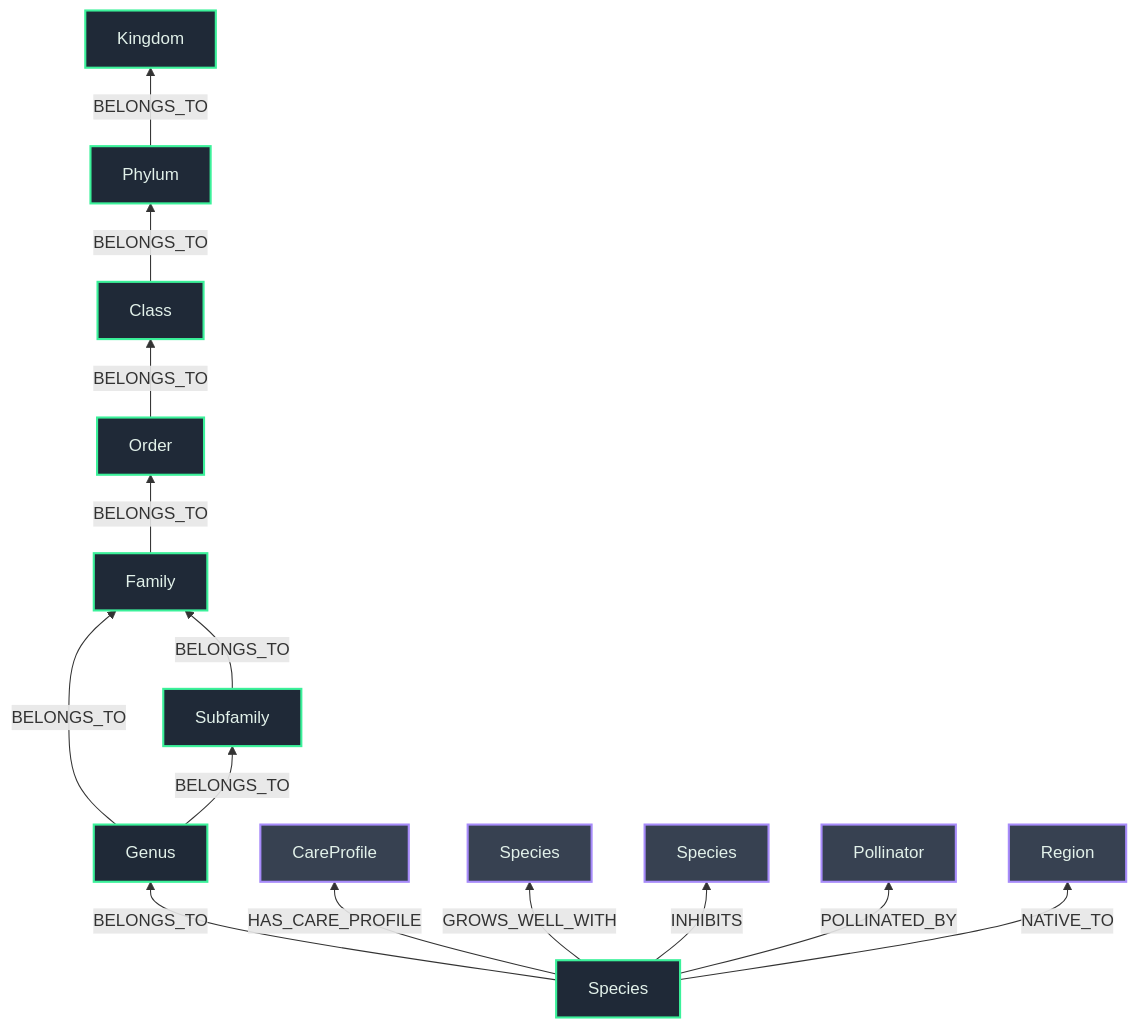
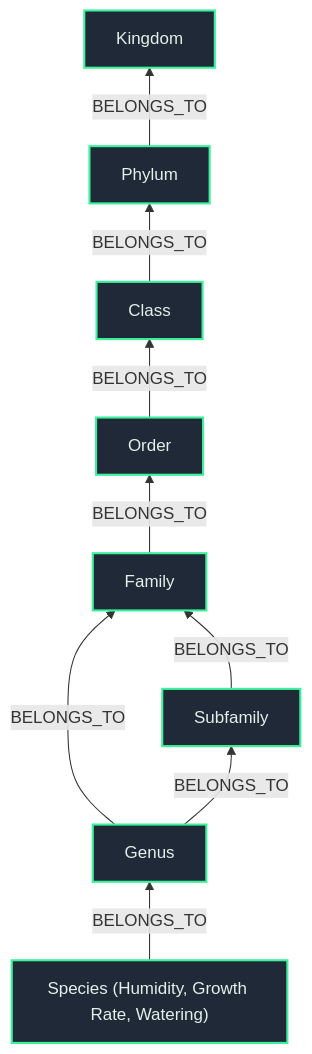
One commit to Martz-yx/botanical-knowledge-graph changed the diagram in README.md. Above: the diagram before and after it, drawn with Mermaid. The commit also changed other lines of this file and 15 other files, not shown here.

Commit message:
feat: updated architecture, UI, data ingestion scripts and 1-5 watering scale

````diff
--- a/README.md
+++ b/README.md
@@ -22,26 +18,16 @@
 ```mermaid
 graph BT
     %% Taxonomy Backbone
-    S[Species] -->|BELONGS_TO| G[Genus]
+    S["Species (Humidity, Growth Rate, Watering)"] -->|BELONGS_TO| G[Genus]
     G -->|BELONGS_TO| SF[Subfamily]
     G -->|BELONGS_TO| F[Family]
     SF -->|BELONGS_TO| F
     F -->|BELONGS_TO| O[Order]
     O -->|BELONGS_TO| C[Class]
     C -->|BELONGS_TO| P[Phylum]
     P -->|BELONGS_TO| K[Kingdom]
 
-    %% Ecological & Care Edges
-    S -->|HAS_CARE_PROFILE| CP[CareProfile]
-    S -->|GROWS_WELL_WITH| S2[Species]
-    S -->|INHIBITS| S3[Species]
-    S -->|POLLINATED_BY| POL[Pollinator]
-    S -->|NATIVE_TO| R[Region]
-
     %% Styling
     classDef taxon fill:#1f2937,stroke:#3bf19a,stroke-width:2px,color:#e2f1ea
-    classDef eco fill:#374151,stroke:#a78bfa,stroke-width:2px,color:#e2f1ea
-    
     class S,G,SF,F,O,C,P,K taxon
-    class CP,S2,S3,POL,R eco
 ```
````
